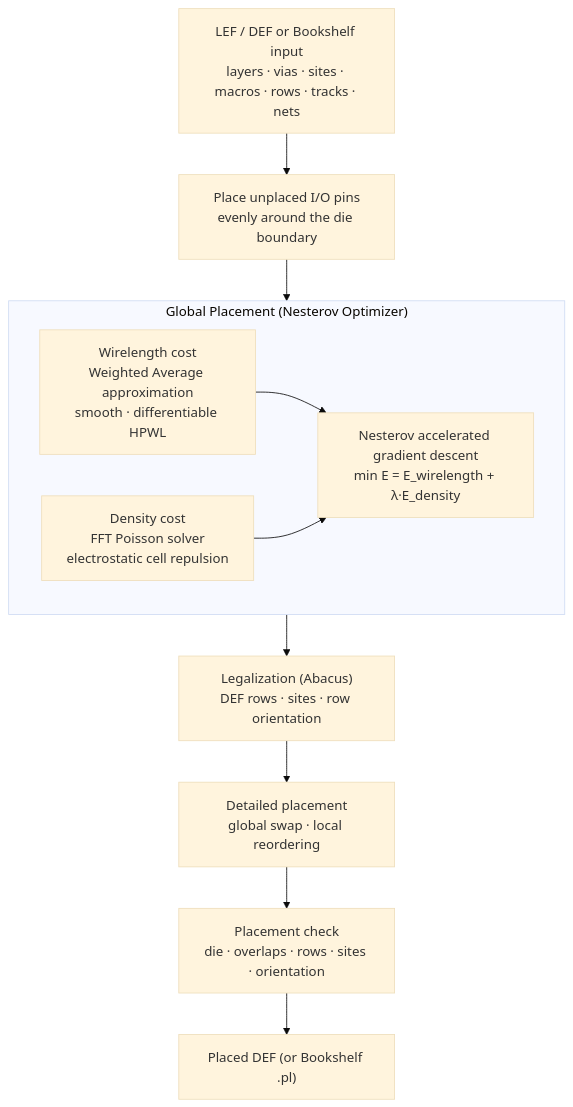
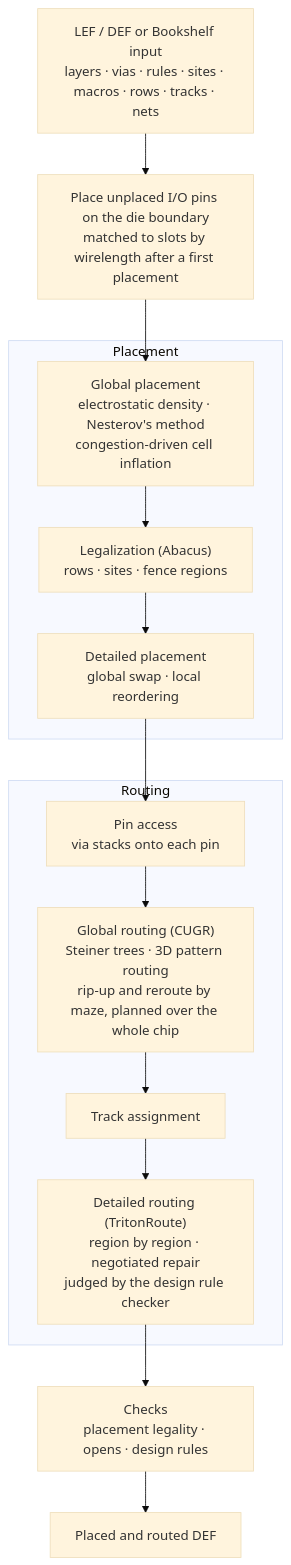
One commit to willmccallion/vlsi-physical-design changed the diagram in README.md. Above: the diagram before and after it, drawn with Mermaid (base theme). The commit also changed other lines of this file and 5 other files, not shown here.

Commit message:
Describe the current flow and its results in the README

````diff
--- a/README.md
+++ b/README.md
@@ -11,19 +50,23 @@
 ```mermaid
 flowchart TD
-    INPUT["LEF / DEF or Bookshelf input<br/>layers · vias · sites · macros · rows · tracks · nets"]
-    IO["Place unplaced I/O pins<br/>evenly around the die boundary"]
+    INPUT["LEF / DEF or Bookshelf input<br/>layers · vias · rules · sites · macros · rows · tracks · nets"]
+    IO["Place unplaced I/O pins on the die boundary<br/>matched to slots by wirelength after a first placement"]
 
-    subgraph GP["Global Placement (Nesterov Optimizer)"]
-        WL["Wirelength cost<br/>Weighted Average approximation<br/>smooth · differentiable HPWL"]
-        DENS["Density cost<br/>FFT Poisson solver<br/>electrostatic cell repulsion"]
-        OPT["Nesterov accelerated gradient descent<br/>min E = E_wirelength + λ·E_density"]
+    subgraph PL["Placement"]
+        GP["Global placement<br/>electrostatic density · Nesterov's method<br/>congestion-driven cell inflation"]
+        LEG["Legalization (Abacus)<br/>rows · sites · fence regions"]
+        DP["Detailed placement<br/>global swap · local reordering"]
     end
 
-    LEG["Legalization (Abacus)<br/>DEF rows · sites · row orientation"]
-    DP["Detailed placement<br/>global swap · local reordering"]
-    CHK["Placement check<br/>die · overlaps · rows · sites · orientation"]
-    OUT["Placed DEF (or Bookshelf .pl)"]
+    subgraph RT["Routing"]
+        PA["Pin access<br/>via stacks onto each pin"]
+        GR["Global routing (CUGR)<br/>Steiner trees · 3D pattern routing<br/>rip-up and reroute by maze, planned over the whole chip"]
+        TA["Track assignment"]
+        DR["Detailed routing (TritonRoute)<br/>region by region · negotiated repair<br/>judged by the design rule checker"]
+    end
 
-    INPUT --> IO --> GP --> LEG --> DP --> CHK --> OUT
-    WL & DENS --> OPT
+    CHK["Checks<br/>placement legality · opens · design rules"]
+    OUT["Placed and routed DEF"]
+
+    INPUT --> IO --> GP --> LEG --> DP --> PA --> GR --> TA --> DR --> CHK --> OUT
 ```
````
